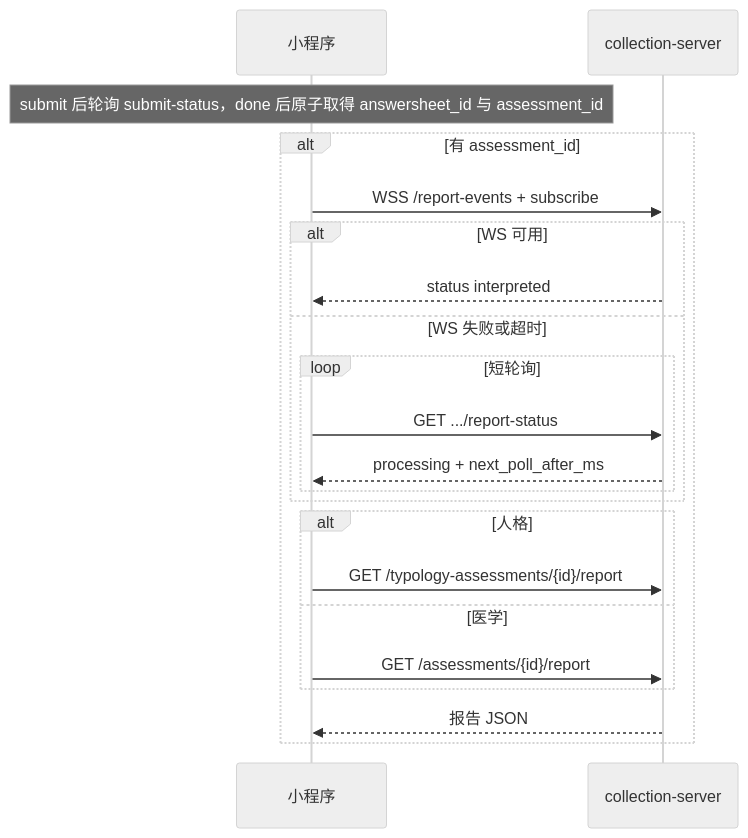
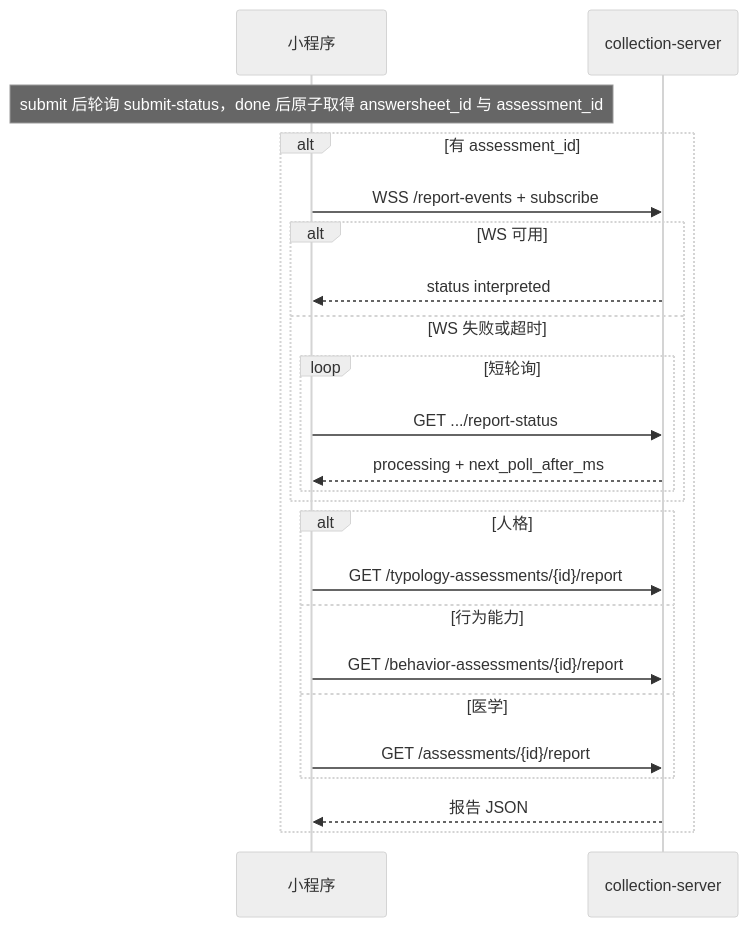
The diagram in docs/12-小程序报告等待接入指南.md (FangcunMount/qs-collection-system), drawn with Mermaid (neutral theme) before and after one commit. The commit also changed other lines of this file and 23 other files, not shown here.

````diff
--- a/docs/12-小程序报告等待接入指南.md
+++ b/docs/12-小程序报告等待接入指南.md
@@ -263,25 +270,27 @@
 ```mermaid
 sequenceDiagram
     participant MP as 小程序
     participant CS as collection-server
 
     Note over MP: submit 后轮询 submit-status，done 后原子取得 answersheet_id 与 assessment_id
 
     alt 有 assessment_id
         MP->>CS: WSS /report-events + subscribe
         alt WS 可用
             CS-->>MP: status interpreted
         else WS 失败或超时
             loop 短轮询
                 MP->>CS: GET .../report-status
                 CS-->>MP: processing + next_poll_after_ms
             end
         end
         alt 人格
             MP->>CS: GET /typology-assessments/{id}/report
+        else 行为能力
+            MP->>CS: GET /behavior-assessments/{id}/report
         else 医学
             MP->>CS: GET /assessments/{id}/report
         end
         CS-->>MP: 报告 JSON
     end
 ```
````
